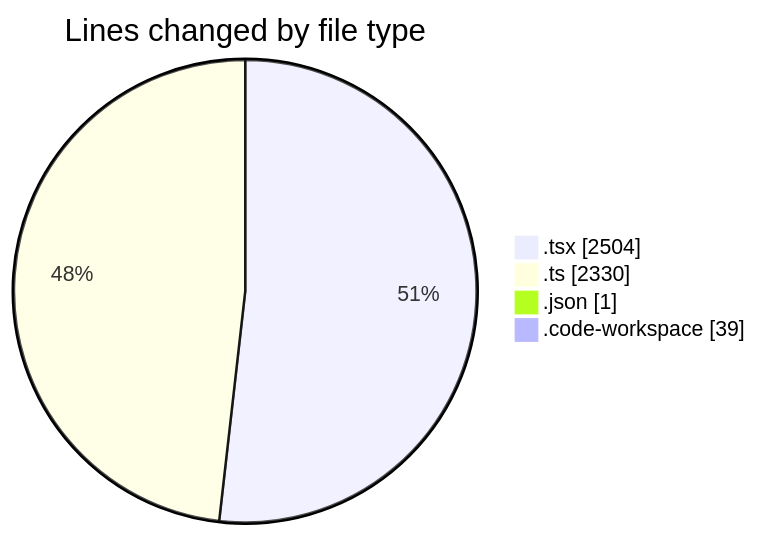
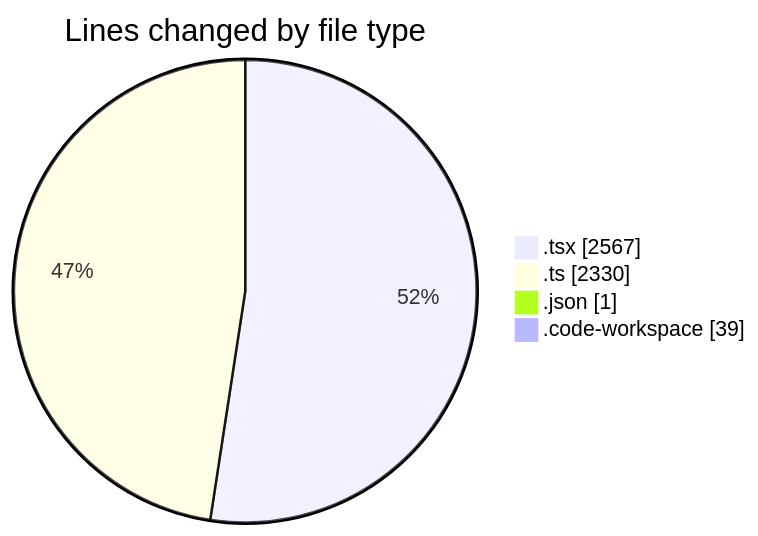
The first of 2 diagrams in 2025-10-08/eventscop-frontend-guide__workspace_/README.md (julien-gomy/code-tracking), drawn with Mermaid before and after one commit. The commit also changed other lines of this file and 1 other file, not shown here.

````diff
--- a/2025-10-08/eventscop-frontend-guide__workspace_/README.md
+++ b/2025-10-08/eventscop-frontend-guide__workspace_/README.md
@@ -38,8 +39,8 @@
 ```mermaid
 pie showData
 title Lines changed by file type
-".tsx" : 2504
+".tsx" : 2567
 ".ts" : 2330
 ".json" : 1
 ".code-workspace" : 39
 ```
````
